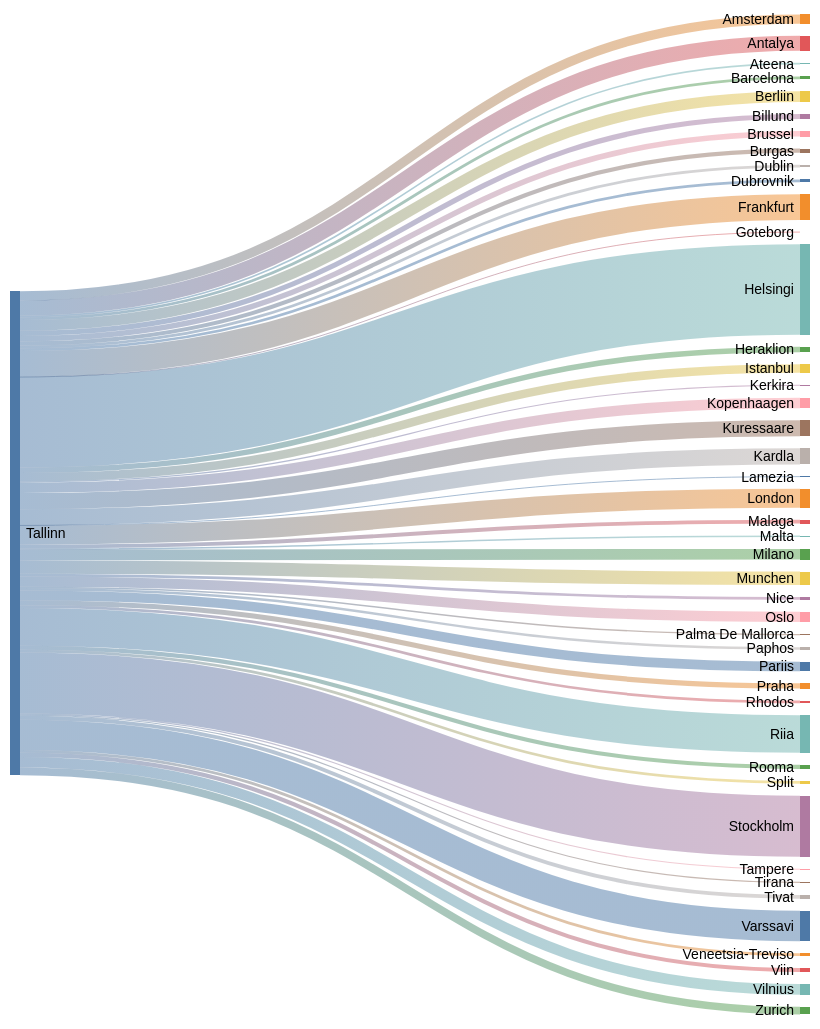
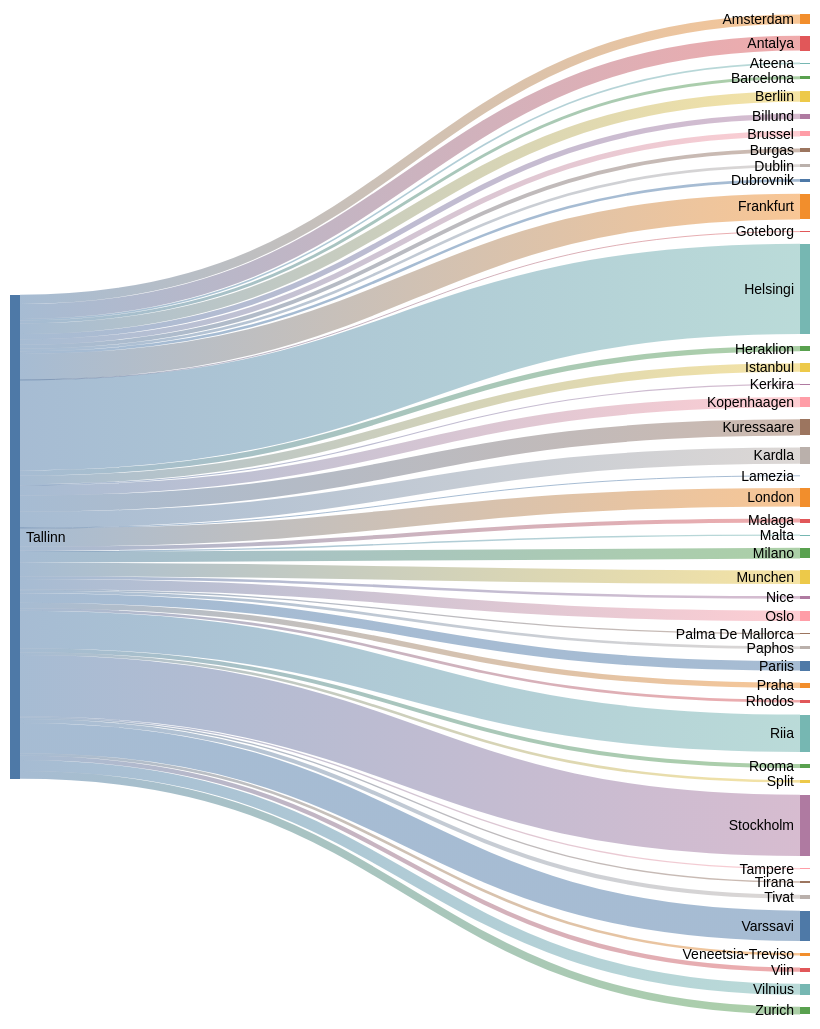
Before and after one commit to rainermesi/tll-airport-departures: the second of 2 diagrams in README.md, drawn with Mermaid (neutral theme). The commit also changed other lines of this file, not shown here.

````diff
--- a/README.md
+++ b/README.md
@@ -34,57 +34,57 @@
 ```mermaid
 ---
 config:
   sankey:
     showValues: false
     width: 800
     height: 1000
 ---
 sankey-beta
 %% source,target,value
-Tallinn,Amsterdam,34
-Tallinn,Antalya,55
+Tallinn,Amsterdam,35
+Tallinn,Antalya,56
 Tallinn,Ateena,6
-Tallinn,Barcelona,10
-Tallinn,Berliin,39
-Tallinn,Billund,19
+Tallinn,Barcelona,11
+Tallinn,Berliin,40
+Tallinn,Billund,20
 Tallinn,Brussel,20
 Tallinn,Burgas,15
 Tallinn,Dublin,10
 Tallinn,Dubrovnik,10
-Tallinn,Frankfurt,94
+Tallinn,Frankfurt,97
 Tallinn,Goteborg,1
-Tallinn,Helsingi,330
+Tallinn,Helsingi,340
 Tallinn,Heraklion,20
-Tallinn,Istanbul,31
+Tallinn,Istanbul,32
 Tallinn,Kerkira,4
-Tallinn,Kopenhaagen,38
-Tallinn,Kuressaare,59
-Tallinn,Kardla,59
+Tallinn,Kopenhaagen,39
+Tallinn,Kuressaare,61
+Tallinn,Kardla,61
 Tallinn,Lamezia,1
-Tallinn,London,69
-Tallinn,Malaga,14
+Tallinn,London,70
+Tallinn,Malaga,15
 Tallinn,Malta,5
-Tallinn,Milano,39
-Tallinn,Munchen,49
+Tallinn,Milano,40
+Tallinn,Munchen,51
 Tallinn,Nice,10
-Tallinn,Oslo,37
+Tallinn,Oslo,39
 Tallinn,Palma De Mallorca,5
-Tallinn,Paphos,9
-Tallinn,Pariis,35
-Tallinn,Praha,19
+Tallinn,Paphos,10
+Tallinn,Pariis,36
+Tallinn,Praha,20
 Tallinn,Rhodos,10
-Tallinn,Riia,137
+Tallinn,Riia,141
 Tallinn,Rooma,15
 Tallinn,Split,10
-Tallinn,Stockholm,223
-Tallinn,Tampere,4
-Tallinn,Tirana,4
-Tallinn,Tivat,14
-Tallinn,Varssavi,111
+Tallinn,Stockholm,231
+Tallinn,Tampere,5
+Tallinn,Tirana,5
+Tallinn,Tivat,15
+Tallinn,Varssavi,114
 Tallinn,Veneetsia-Treviso,10
-Tallinn,Viin,15
-Tallinn,Vilnius,39
-Tallinn,Zurich,28
+Tallinn,Viin,16
+Tallinn,Vilnius,41
+Tallinn,Zurich,29
 
 
 ```
````
